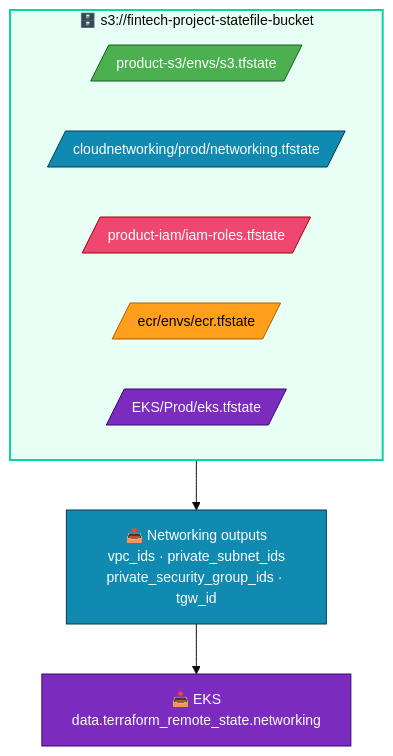
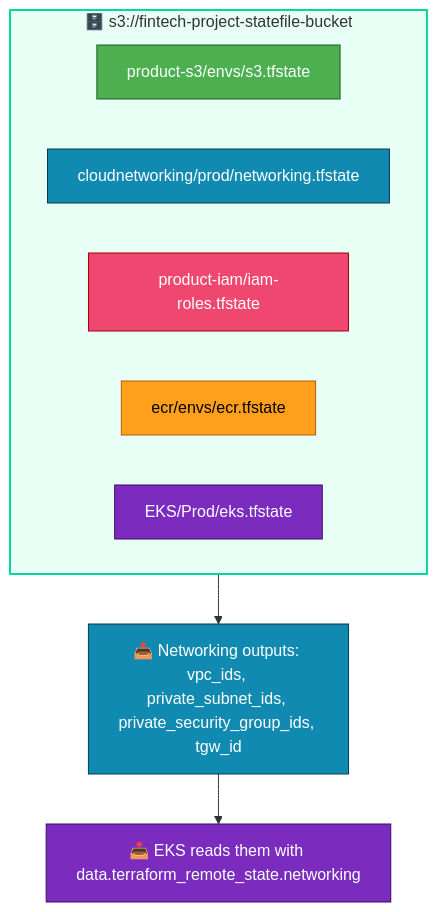
One commit to muntaha747/FinTech-Enterprise-Project changed the fourth of 12 diagrams in Terraform-FinTech-Infra/README.md. Above: the diagram before and after it, drawn with Mermaid. The commit also changed other lines of this file and 1 other file, not shown here.

Commit message:
Fix README Mermaid diagrams, add interview notes; drop duplicate root EKS access entry [skip CI]

````diff
--- a/Terraform-FinTech-Infra/README.md
+++ b/Terraform-FinTech-Infra/README.md
@@ -114,24 +134,23 @@
 ```mermaid
-%%{init: {'theme':'base','themeVariables':{'fontSize':'14px'}}}%%
 flowchart TB
     subgraph BUCKET["🗄️ s3://fintech-project-statefile-bucket"]
         direction LR
-        K1[/product-s3/envs/s3.tfstate/]:::s3
-        K2[/cloudnetworking/prod/networking.tfstate/]:::net
-        K3[/product-iam/iam-roles.tfstate/]:::iam
-        K4[/ecr/envs/ecr.tfstate/]:::ecr
-        K5[/EKS/Prod/eks.tfstate/]:::eks
+        K1["product-s3/envs/s3.tfstate"]:::s3
+        K2["cloudnetworking/prod/networking.tfstate"]:::net
+        K3["product-iam/iam-roles.tfstate"]:::iam
+        K4["ecr/envs/ecr.tfstate"]:::ecr
+        K5["EKS/Prod/eks.tfstate"]:::eks
     end
 
-    NETOUT["📤 Networking outputs<br/>vpc_ids · private_subnet_ids<br/>private_security_group_ids · tgw_id"]:::net
-    EKSIN["📥 EKS<br/>data.terraform_remote_state.networking"]:::eks
+    NETOUT["📤 Networking outputs: vpc_ids, private_subnet_ids, private_security_group_ids, tgw_id"]:::net
+    EKSIN["📥 EKS reads them with data.terraform_remote_state.networking"]:::eks
 
     K2 --> NETOUT --> EKSIN
 
     classDef s3  fill:#4CAF50,stroke:#1B5E20,color:#fff
     classDef net fill:#118AB2,stroke:#073B4C,color:#fff
     classDef iam fill:#EF476F,stroke:#9D0208,color:#fff
     classDef ecr fill:#FF9F1C,stroke:#B85C00,color:#000
     classDef eks fill:#7B2CBF,stroke:#3C096C,color:#fff
     style BUCKET fill:#E8FFF6,stroke:#06D6A0,stroke-width:2px
 ```
````
